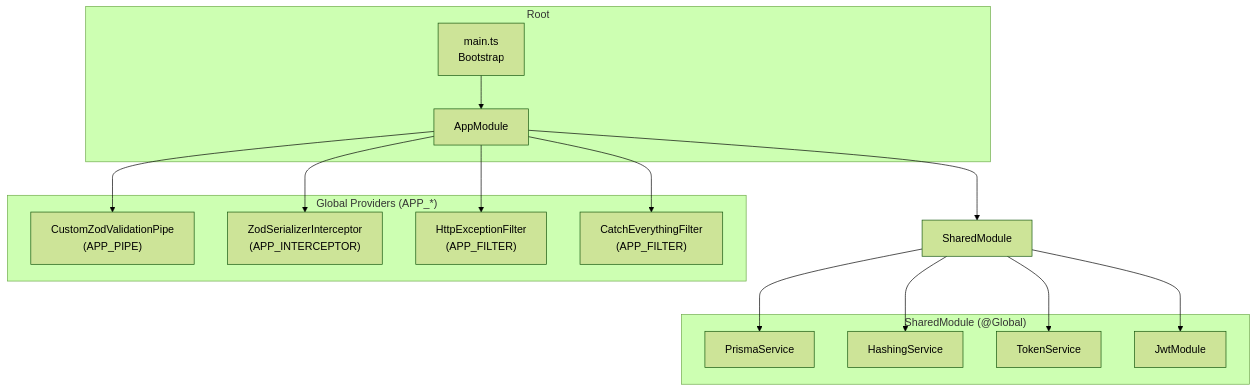
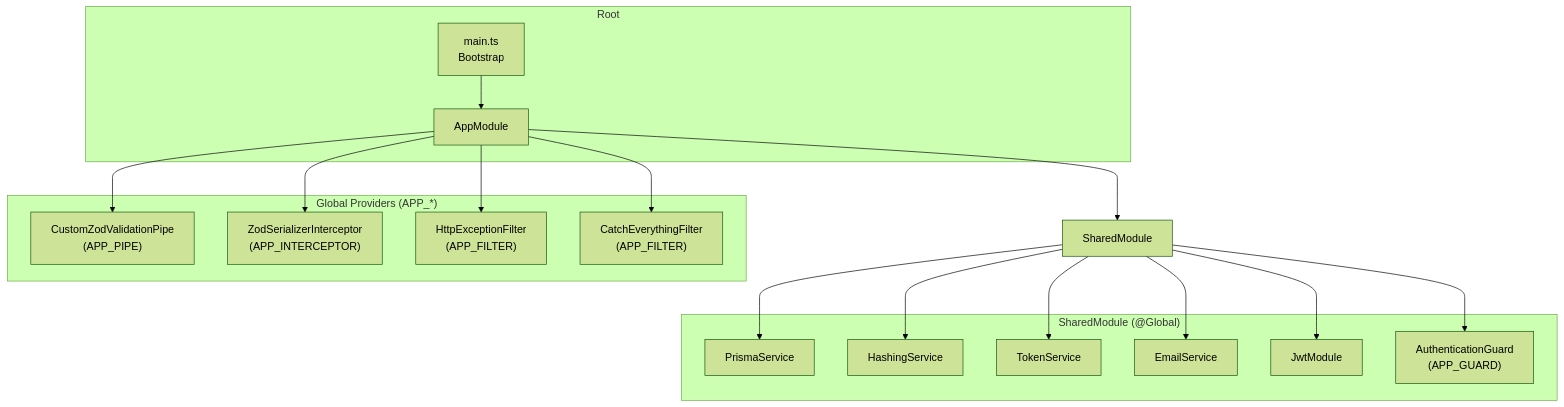
Before and after one commit to WDP301-SU26-GR2/BE-dev: the first of 3 diagrams in ARCHITECTURE.md, drawn with Mermaid (forest theme). The commit also changed other lines of this file and 12 other files, not shown here.

````diff
--- a/ARCHITECTURE.md
+++ b/ARCHITECTURE.md
@@ -78,32 +88,36 @@
 ```mermaid
 graph TD
     subgraph "Root"
         MAIN["main.ts<br/>Bootstrap"]
         APP_MOD["AppModule"]
     end
 
     subgraph "Global Providers (APP_*)"
         PIPE["CustomZodValidationPipe<br/>(APP_PIPE)"]
         INTERCEPTOR["ZodSerializerInterceptor<br/>(APP_INTERCEPTOR)"]
         FILTER_HTTP["HttpExceptionFilter<br/>(APP_FILTER)"]
         FILTER_ALL["CatchEverythingFilter<br/>(APP_FILTER)"]
     end
 
     subgraph "SharedModule (@Global)"
         PRISMA["PrismaService"]
         HASHING["HashingService"]
         TOKEN["TokenService"]
+        EMAIL["EmailService"]
         JWT_MOD["JwtModule"]
+        AUTH_GUARD["AuthenticationGuard<br/>(APP_GUARD)"]
     end
 
     MAIN --> APP_MOD
     APP_MOD --> PIPE
     APP_MOD --> INTERCEPTOR
     APP_MOD --> FILTER_HTTP
     APP_MOD --> FILTER_ALL
     APP_MOD --> SharedModule
     SharedModule --> PRISMA
     SharedModule --> HASHING
     SharedModule --> TOKEN
+    SharedModule --> EMAIL
     SharedModule --> JWT_MOD
+    SharedModule --> AUTH_GUARD
 ```
````
